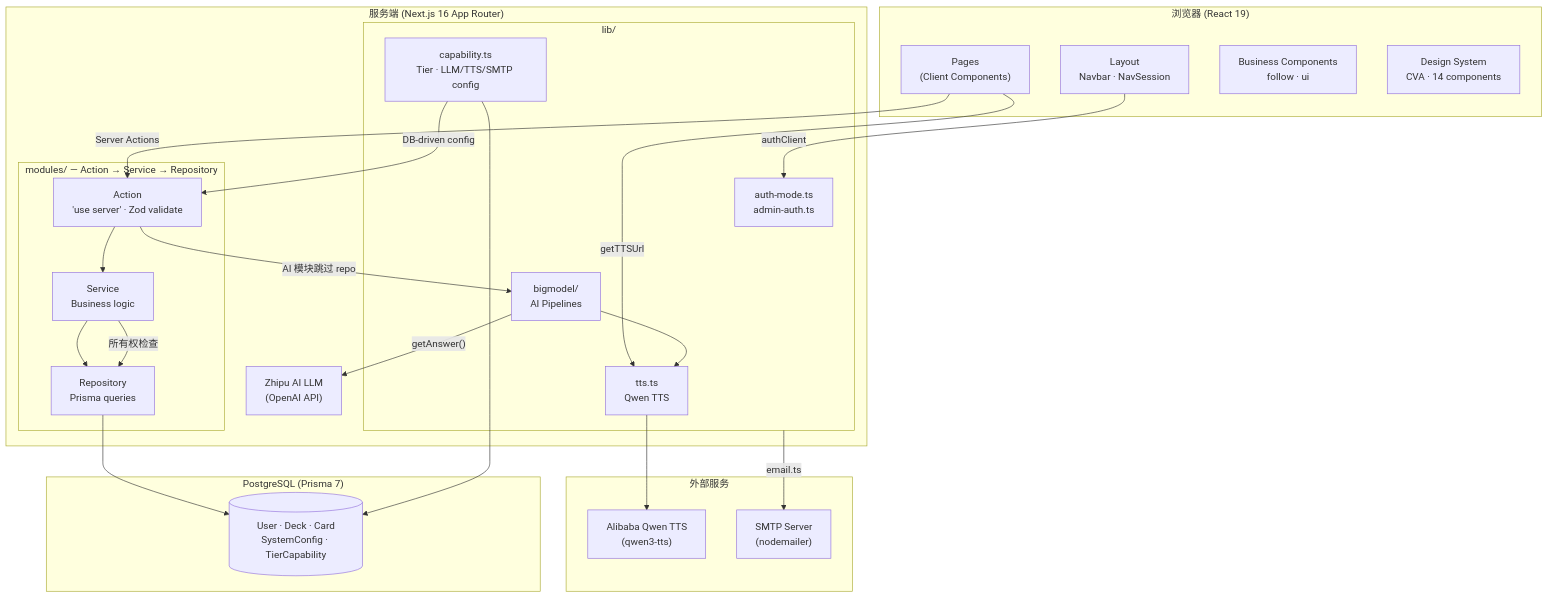
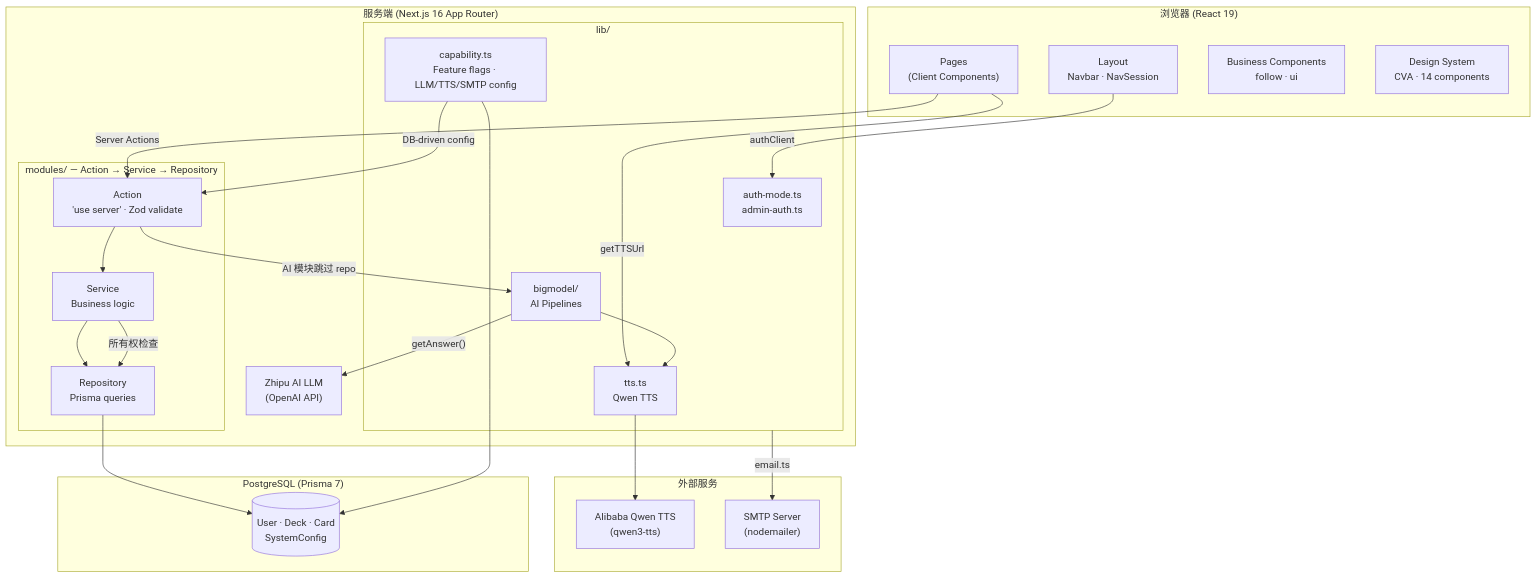
One commit to GoddoNebianU/learn-languages changed the diagram in README.zh-CN.md. Above: the diagram before and after it, drawn with Mermaid. The commit also changed other lines of this file and 20 other files, not shown here.

````diff
--- a/README.zh-CN.md
+++ b/README.zh-CN.md
@@ -47,48 +47,48 @@
 ```mermaid
 graph TB
     subgraph Browser["浏览器 (React 19)"]
         Pages["Pages<br/>(Client Components)"]
         Layout["Layout<br/>Navbar · NavSession"]
         BizComps["Business Components<br/>follow · ui"]
         DS["Design System<br/>CVA · 14 components"]
     end
 
     Pages -->|"Server Actions"| Action
     Layout -->|"authClient"| AuthMod
     Pages -->|"getTTSUrl"| TTS
 
     subgraph Server["服务端 (Next.js 16 App Router)"]
         subgraph Modules["modules/ — Action → Service → Repository"]
             Action["Action<br/>'use server' · Zod validate"] --> Service["Service<br/>Business logic"] --> Repository["Repository<br/>Prisma queries"]
         end
         Action -->|"AI 模块跳过 repo"| Pipelines
 
         subgraph Lib["lib/"]
             AuthMod["auth-mode.ts<br/>admin-auth.ts"]
-            Cap["capability.ts<br/>Tier · LLM/TTS/SMTP config"]
+            Cap["capability.ts<br/>Feature flags · LLM/TTS/SMTP config"]
             Pipelines["bigmodel/<br/>AI Pipelines"]
             TTS["tts.ts<br/>Qwen TTS"]
         end
 
         Service -->|"所有权检查"| Repository
         Pipelines -->|"getAnswer()"| LLM
         Pipelines --> TTS
         Cap -->|"DB-driven config"| Action
     end
 
     Repository --> DB
     Cap --> DB
 
     subgraph Storage["PostgreSQL (Prisma 7)"]
-        DB[("User · Deck · Card<br/>SystemConfig · TierCapability")]
+        DB[("User · Deck · Card<br/>SystemConfig")]
     end
 
     subgraph External["外部服务"]
         LLM["Zhipu AI LLM<br/>(OpenAI API)"]
         Qwen["Alibaba Qwen TTS<br/>(qwen3-tts)"]
         SMTP["SMTP Server<br/>(nodemailer)"]
     end
 
     TTS --> Qwen
     Lib -->|"email.ts"| SMTP
 ```
````
